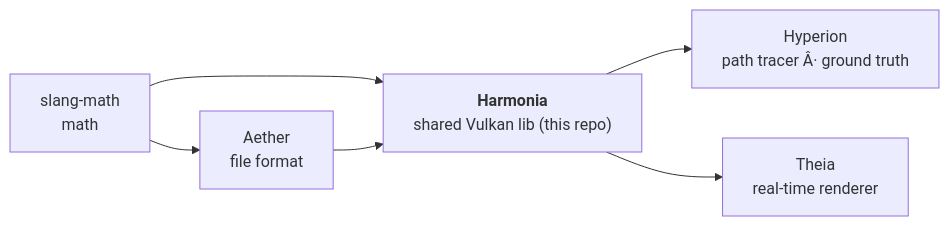
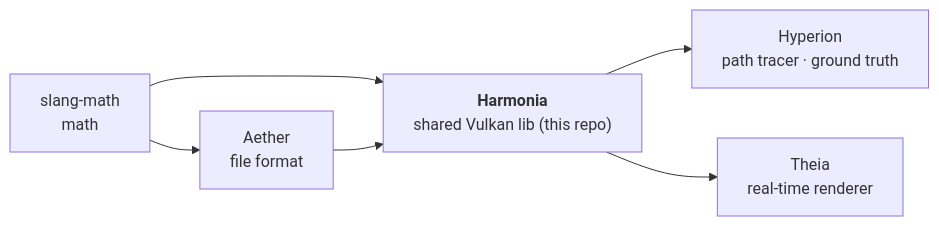
Before and after one commit to McNopper/Harmonia: the diagram in AGENTS.md, drawn with Mermaid. The commit also changed other lines of this file and 2 other files, not shown here.

````diff
--- a/AGENTS.md
+++ b/AGENTS.md
@@ -18,8 +18,8 @@
 ```mermaid
 flowchart LR
     SM["slang-math<br/>math"] --> A["Aether<br/>file format"]
     SM --> H
     A --> H["<b>Harmonia</b><br/>shared Vulkan lib (this repo)"]
-    H --> Hy["Hyperion<br/>path tracer Â· ground truth"]
+    H --> Hy["Hyperion<br/>path tracer · ground truth"]
     H --> T["Theia<br/>real-time renderer"]
 ```
````
